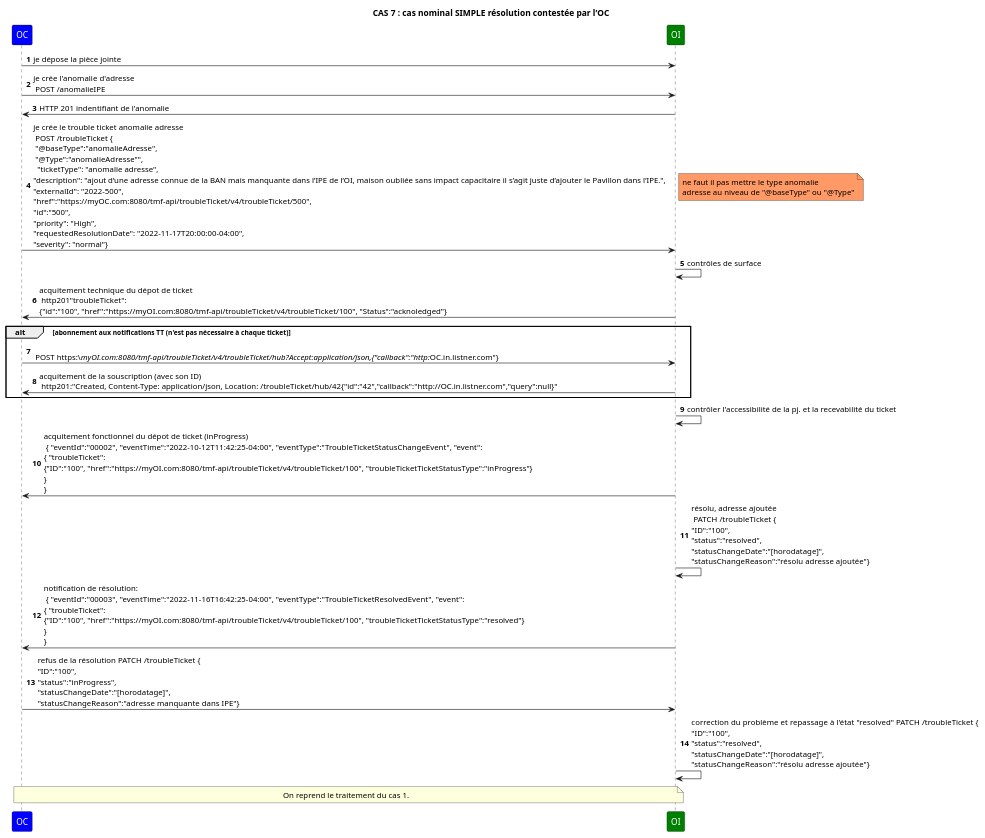
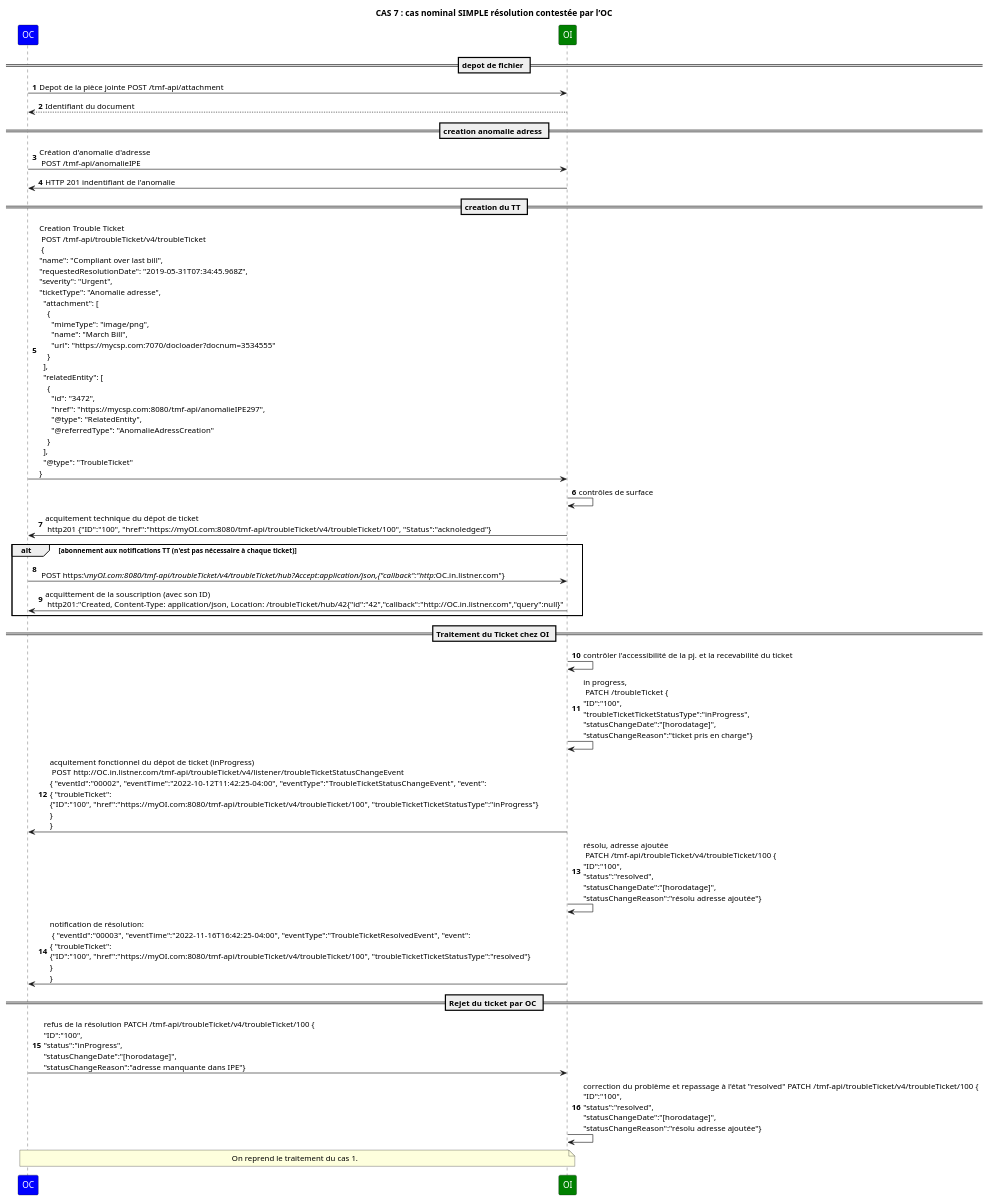
The diagram in sequence/cas7 nominal.puml (before-interop/anomalieAdresse), drawn with PlantUML before and after one commit. The commit also changed 6 other files, not shown here.

Commit message:
ajout diagrammes de séquence pour les cas 1 à 8

```diff
--- a/sequence/cas7 nominal.puml
+++ b/sequence/cas7 nominal.puml
@@ -1,53 +1,55 @@
 @startuml
 
 skinparam ParticipantFontColor automatic
 
 title: CAS 7 : cas nominal SIMPLE résolution contestée par l’OC
 
 autonumber
 
 participant OC #Blue
 participant OI #Green
 
-OC->OI: je dépose la pièce jointe
-OC->OI: je crée l'anomalie d'adresse \n POST /anomalieIPE
+== depot de fichier ==
+OC->OI: Depot de la pièce jointe POST /tmf-api/attachment
+OI --> OC: Identifiant du document
+== creation anomalie adress ==
+OC->OI: Création d'anomalie d'adresse \n POST /tmf-api/anomalieIPE
 OI->OC: HTTP 201 indentifiant de l'anomalie
-OC->OI: je crée le trouble ticket anomalie adresse \n POST /troubleTicket {\n "@baseType":"anomalieAdresse", \n "@Type":"anomalieAdresse"", \n  "ticketType": "anomalie adresse",\n"description": "ajout d’une adresse connue de la BAN mais manquante dans l’IPE de l’OI, maison oubliée sans impact capacitaire il s’agit juste d’ajouter le Pavillon dans l’IPE.",\n"externalId": "2022-500",\n"href":"https://myOC.com:8080/tmf-api/troubleTicket/v4/troubleTicket/500",\n"id":"500",\n"priority": "High",\n"requestedResolutionDate": "2022-11-17T20:00:00-04:00",\n"severity": "normal"}
-
-note right 	#ff9966
-  ne faut il pas mettre le type anomalie
-  adresse au niveau de "@baseType" ou "@Type"
-endnote
+== creation du TT ==
+OC->OI: Creation Trouble Ticket \n POST /tmf-api/troubleTicket/v4/troubleTicket \n {\n"name": "Compliant over last bill",\n"requestedResolutionDate": "2019-05-31T07:34:45.968Z",\n"severity": "Urgent",\n"ticketType": "Anomalie adresse",\n  "attachment": [\n    {\n      "mimeType": "image/png",\n      "name": "March Bill",\n      "url": "https://mycsp.com:7070/docloader?docnum=3534555"\n    }\n  ],\n  "relatedEntity": [\n    {\n      "id": "3472",\n      "href": "https://mycsp.com:8080/tmf-api/anomalieIPE297",\n      "@type": "RelatedEntity",\n      "@referredType": "AnomalieAdressCreation"\n    }\n  ],\n  "@type": "TroubleTicket"\n}
 
 OI->OI: contrôles de surface
 
-OI->OC: acquitement technique du dépot de ticket \n http201"troubleTicket": \n{"id":"100", "href":"https://myOI.com:8080/tmf-api/troubleTicket/v4/troubleTicket/100", "Status":"acknoledged"}
+OI->OC: acquitement technique du dépot de ticket \n http201   {"ID":"100", "href":"https://myOI.com:8080/tmf-api/troubleTicket/v4/troubleTicket/100", "Status":"acknoledged"}
 
 alt abonnement aux notifications TT (n'est pas nécessaire à chaque ticket)
 OC->OI:  \n POST https:\//myOI.com:8080/tmf-api/troubleTicket/v4/troubleTicket/hub?Accept:application/json,{"callback":"http://OC.in.listner.com"}
-OI->OC: acquitement de la souscription (avec son ID) \n http201:"Created, Content-Type: application/json, Location: /troubleTicket/hub/42{"id":"42","callback":"http://OC.in.listner.com","query":null}"
+OI->OC: acquittement de la souscription (avec son ID) \n http201:"Created, Content-Type: application/json, Location: /troubleTicket/hub/42{"id":"42","callback":"http://OC.in.listner.com","query":null}"
 
 end
+== Traitement du Ticket chez OI ==
 
 OI->OI: contrôler l'accessibilité de la pj. et la recevabilité du ticket
 
-OI->OC: acquitement fonctionnel du dépot de ticket (inProgress) \n { "eventId":"00002", "eventTime":"2022-10-12T11:42:25-04:00", "eventType":"TroubleTicketStatusChangeEvent", "event": \n{ "troubleTicket": \n{"ID":"100", "href":"https://myOI.com:8080/tmf-api/troubleTicket/v4/troubleTicket/100", "troubleTicketTicketStatusType":"inProgress"}\n} \n}
+OI->OI: in progress,  \n PATCH /troubleTicket {\n"ID":"100",\n"troubleTicketTicketStatusType":"inProgress",\n"statusChangeDate":"[horodatage]",\n"statusChangeReason":"ticket pris en charge"}
+
+OI->OC: acquitement fonctionnel du dépot de ticket (inProgress) \n POST http://OC.in.listner.com/tmf-api/troubleTicket/v4/listener/troubleTicketStatusChangeEvent \n{ "eventId":"00002", "eventTime":"2022-10-12T11:42:25-04:00", "eventType":"TroubleTicketStatusChangeEvent", "event": \n{ "troubleTicket": \n{"ID":"100", "href":"https://myOI.com:8080/tmf-api/troubleTicket/v4/troubleTicket/100", "troubleTicketTicketStatusType":"inProgress"}\n} \n}
 
 
 
-OI->OI: résolu, adresse ajoutée \n PATCH /troubleTicket {\n"ID":"100",\n"status":"resolved",\n"statusChangeDate":"[horodatage]",\n"statusChangeReason":"résolu adresse ajoutée"}
+OI->OI: résolu, adresse ajoutée \n PATCH /tmf-api/troubleTicket/v4/troubleTicket/100 {\n"ID":"100",\n"status":"resolved",\n"statusChangeDate":"[horodatage]",\n"statusChangeReason":"résolu adresse ajoutée"}
 
 OI->OC: notification de résolution: \n { "eventId":"00003", "eventTime":"2022-11-16T16:42:25-04:00", "eventType":"TroubleTicketResolvedEvent", "event": \n{ "troubleTicket": \n{"ID":"100", "href":"https://myOI.com:8080/tmf-api/troubleTicket/v4/troubleTicket/100", "troubleTicketTicketStatusType":"resolved"}\n} \n}
 
+== Rejet  du ticket par OC == 
+OC->OI: refus de la résolution PATCH /tmf-api/troubleTicket/v4/troubleTicket/100 {\n"ID":"100",\n"status":"inProgress",\n"statusChangeDate":"[horodatage]",\n"statusChangeReason":"adresse manquante dans IPE"}
 
-OC->OI: refus de la résolution PATCH /troubleTicket {\n"ID":"100",\n"status":"inProgress",\n"statusChangeDate":"[horodatage]",\n"statusChangeReason":"adresse manquante dans IPE"}
-
-OI -> OI: correction du problème et repassage à l'état "resolved" PATCH /troubleTicket {\n"ID":"100",\n"status":"resolved",\n"statusChangeDate":"[horodatage]",\n"statusChangeReason":"résolu adresse ajoutée"}
+OI -> OI: correction du problème et repassage à l'état "resolved" PATCH /tmf-api/troubleTicket/v4/troubleTicket/100 {\n"ID":"100",\n"status":"resolved",\n"statusChangeDate":"[horodatage]",\n"statusChangeReason":"résolu adresse ajoutée"}
 
 
 note over OI,  OC
 On reprend le traitement du cas 1.
 endnote
 
 
 @enduml
```
